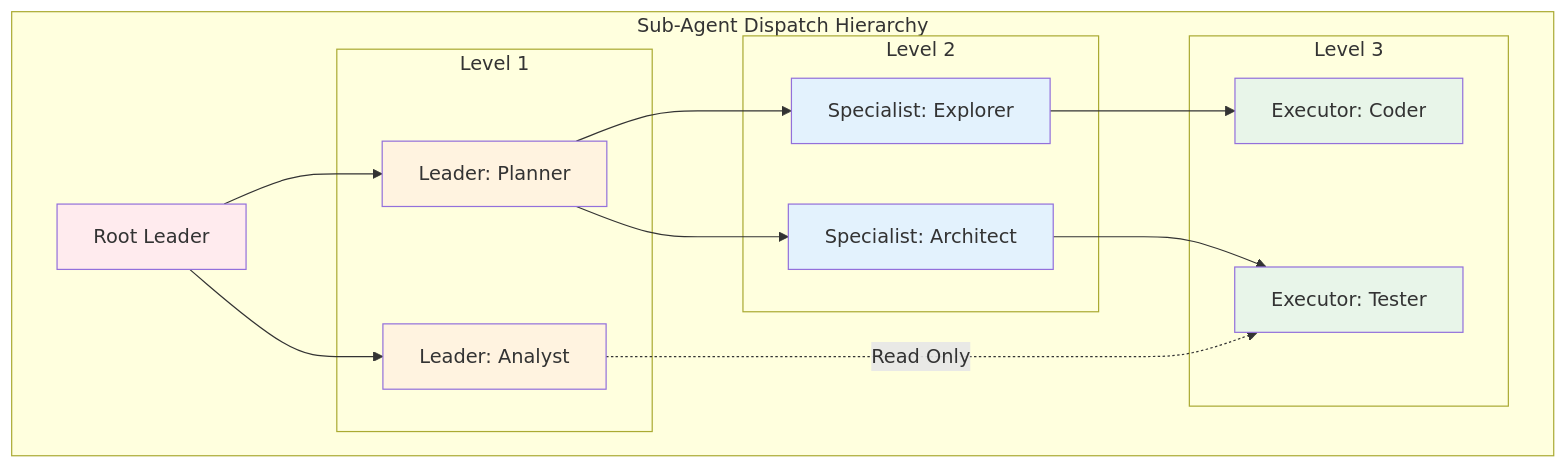
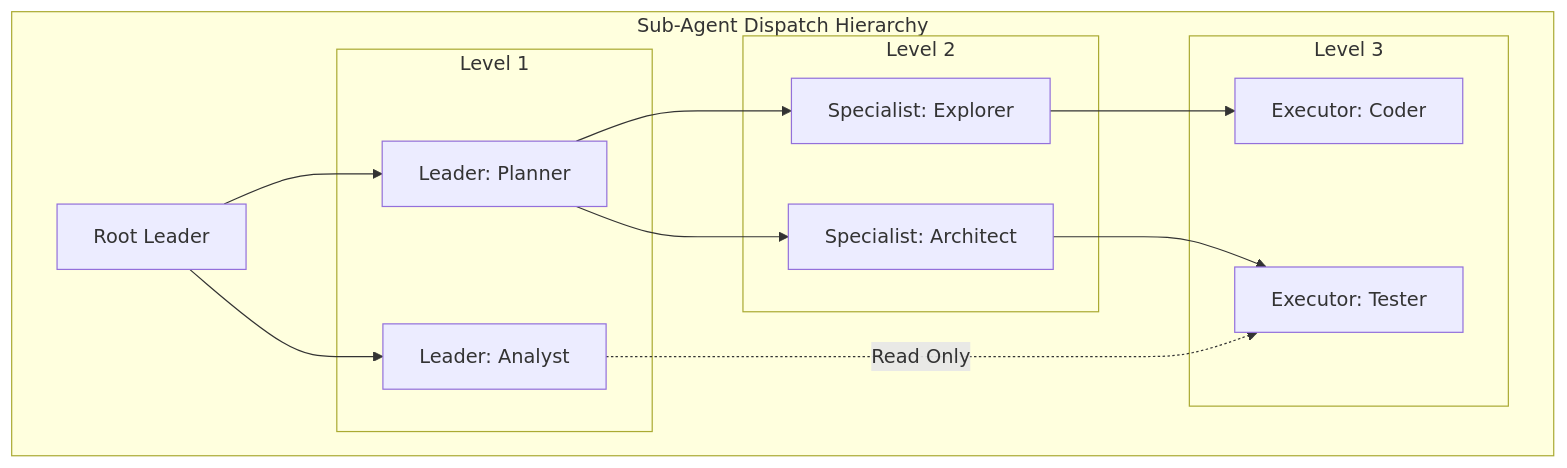
Before and after one commit to yuexiaoliang/prompt-engineering-learning: the third of 6 diagrams in 09-advanced-en.md, drawn with Mermaid. The commit also changed other lines of this file and 9 other files, not shown here.

First line of the commit message:
fix(prompt-engineering): remove hardcoded mermaid fill styles for theme auto-adaptation

````diff
--- a/09-advanced-en.md
+++ b/09-advanced-en.md
@@ -152,37 +140,30 @@
 ```mermaid
 flowchart TD
     subgraph "Sub-Agent Dispatch Hierarchy"
         ROOT[Root Leader]
         
         subgraph "Level 1"
             L1A[Leader: Planner]
             L1B[Leader: Analyst]
         end
         
         subgraph "Level 2"
             S1[Specialist: Explorer]
             S2[Specialist: Architect]
         end
         
         subgraph "Level 3"
             E1[Executor: Coder]
             E2[Executor: Tester]
         end
         
         ROOT --> L1A
         ROOT --> L1B
         L1A --> S1
         L1A --> S2
         S1 --> E1
         S2 --> E2
         L1B -.->|Read Only| E2
     end
     
-    style ROOT fill:#ffebee
-    style L1A fill:#fff3e0
-    style L1B fill:#fff3e0
-    style S1 fill:#e3f2fd
-    style S2 fill:#e3f2fd
-    style E1 fill:#e8f5e9
-    style E2 fill:#e8f5e9
 ```
````
